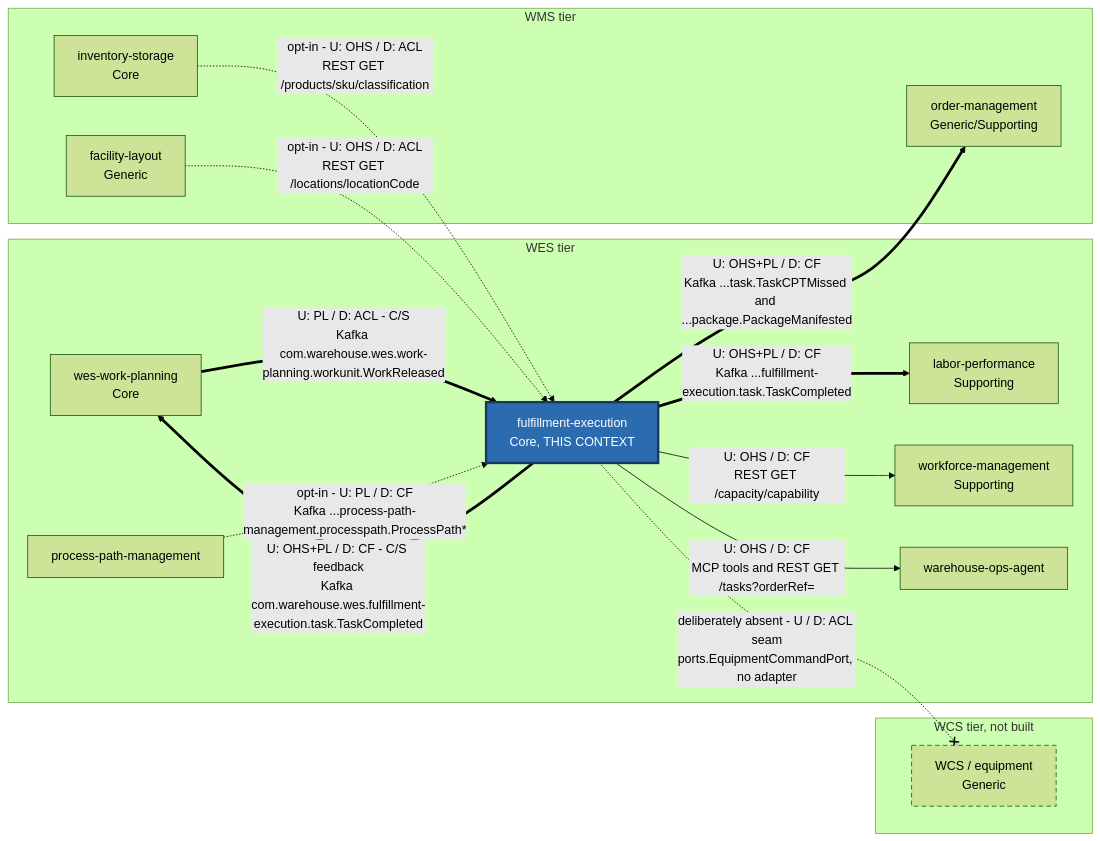
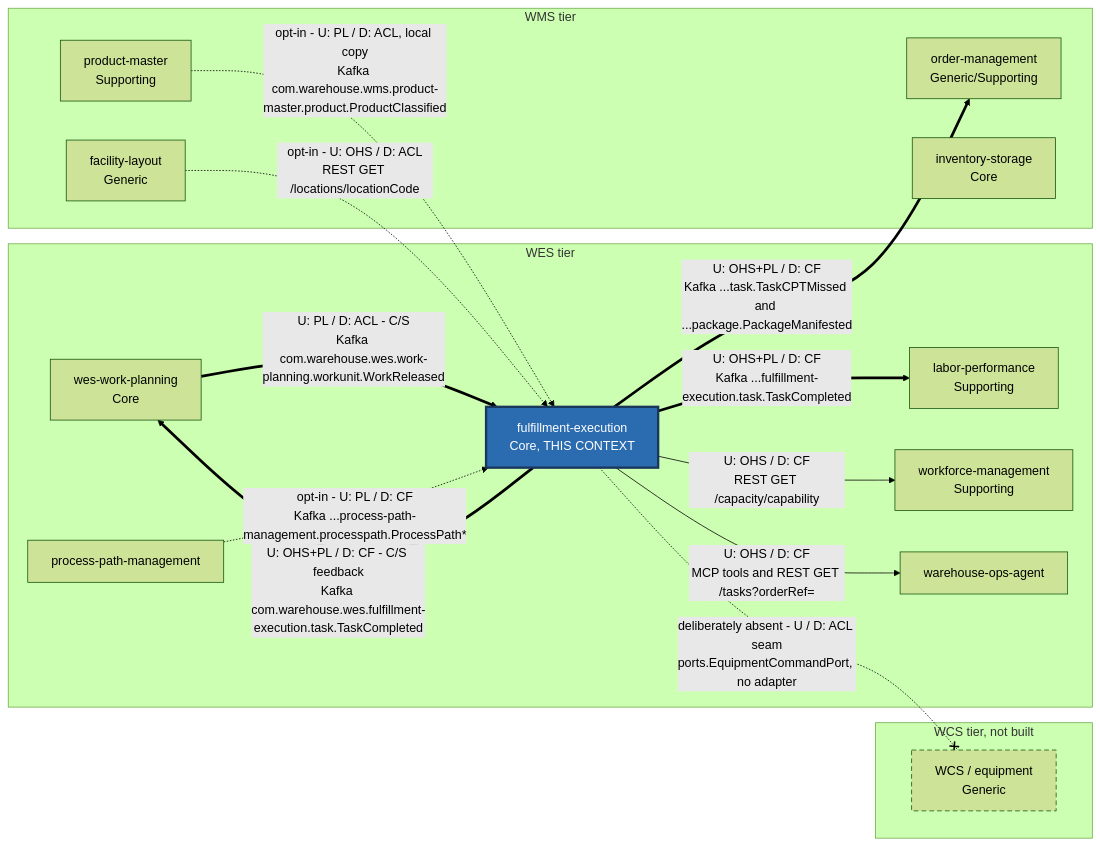
The first of 2 diagrams in docs/contexts/fulfillment-execution/context-map.md (IQVO/warehouse-docs), drawn with Mermaid (forest theme) before and after one commit. The commit also changed other lines of this file and 118 other files, not shown here.

````diff
--- a/docs/contexts/fulfillment-execution/context-map.md
+++ b/docs/contexts/fulfillment-execution/context-map.md
@@ -43,35 +43,36 @@
 ```mermaid
 flowchart LR
     subgraph WES["WES tier"]
         WP["wes-work-planning<br/>Core"]
         FE["fulfillment-execution<br/>Core, THIS CONTEXT"]
         PPM["process-path-management"]
         LP["labor-performance<br/>Supporting"]
         WFM["workforce-management<br/>Supporting"]
         OA["warehouse-ops-agent"]
     end
     subgraph WMS["WMS tier"]
         OM["order-management<br/>Generic/Supporting"]
         IS["inventory-storage<br/>Core"]
         FL["facility-layout<br/>Generic"]
+        PM["product-master<br/>Supporting"]
     end
     subgraph WCSTIER["WCS tier, not built"]
         WCS["WCS / equipment<br/>Generic"]
     end
 
     WP ==>|"U: PL / D: ACL - C/S<br/>Kafka com.warehouse.wes.work-planning.workunit.WorkReleased"| FE
     FE ==>|"U: OHS+PL / D: CF - C/S feedback<br/>Kafka com.warehouse.wes.fulfillment-execution.task.TaskCompleted"| WP
     FE ==>|"U: OHS+PL / D: CF<br/>Kafka ...fulfillment-execution.task.TaskCompleted"| LP
     FE ==>|"U: OHS+PL / D: CF<br/>Kafka ...task.TaskCPTMissed and ...package.PackageManifested"| OM
     FE -->|"U: OHS / D: CF<br/>REST GET /capacity/capability"| WFM
     FE -->|"U: OHS / D: CF<br/>MCP tools and REST GET /tasks?orderRef="| OA
     PPM -.->|"opt-in - U: PL / D: CF<br/>Kafka ...process-path-management.processpath.ProcessPath*"| FE
-    IS -.->|"opt-in - U: OHS / D: ACL<br/>REST GET /products/sku/classification"| FE
+    PM -.->|"opt-in - U: PL / D: ACL, local copy<br/>Kafka com.warehouse.wms.product-master.product.ProductClassified"| FE
     FL -.->|"opt-in - U: OHS / D: ACL<br/>REST GET /locations/locationCode"| FE
     FE -.-x|"deliberately absent - U / D: ACL seam<br/>ports.EquipmentCommandPort, no adapter"| WCS
 
     classDef this fill:#2b6cb0,stroke:#1a365d,stroke-width:3px,color:#fff
     classDef absent stroke-dasharray: 6 4
     class FE this
     class WCS absent
 ```
````
